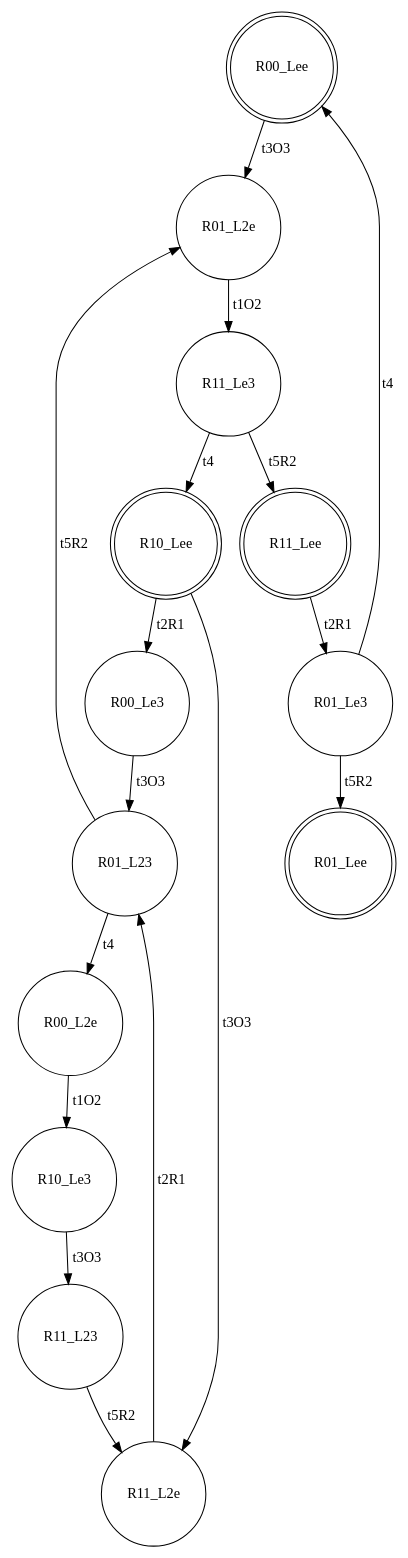
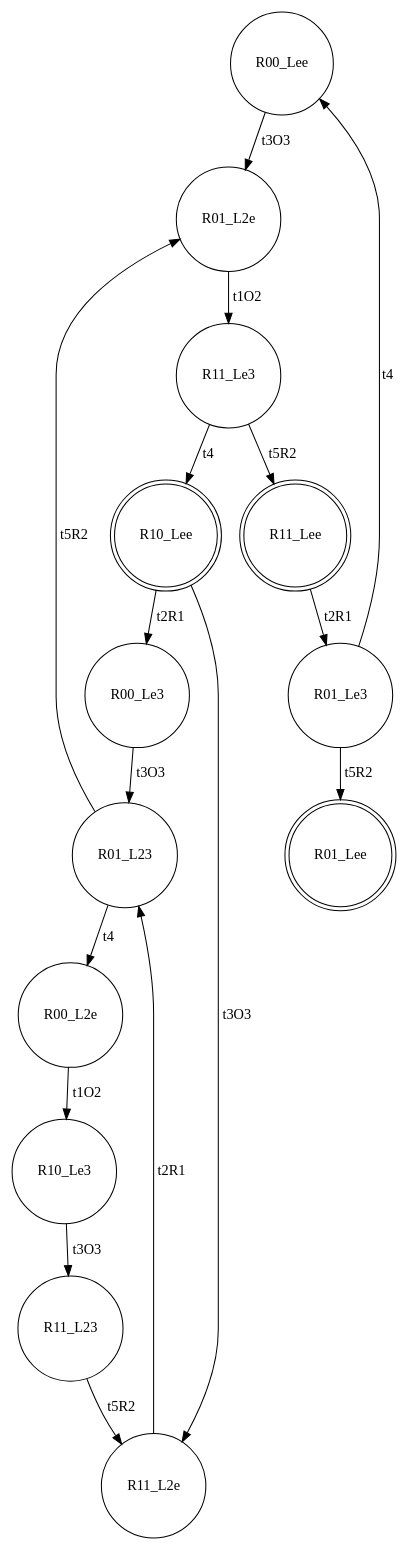
The diagram in input/e_SC.dot (Stefano-BS/Explanatory-Diagnosis), drawn with Graphviz before and after one commit. The commit also changed 35 other files, not shown here.

```diff
--- a/input/e_SC.dot
+++ b/input/e_SC.dot
@@ -1,31 +1,31 @@
 digraph "SCinput/e" {
-node [shape=doublecircle]; R00_Lee ;
+node [shape=circle]; R00_Lee ;
 node [shape=circle]; R01_L2e ;
 node [shape=circle]; R11_Le3 ;
 node [shape=doublecircle]; R10_Lee ;
 node [shape=circle]; R00_Le3 ;
 node [shape=circle]; R01_L23 ;
 node [shape=circle]; R00_L2e ;
 node [shape=circle]; R10_Le3 ;
 node [shape=circle]; R11_L23 ;
 node [shape=circle]; R11_L2e ;
 node [shape=doublecircle]; R11_Lee ;
 node [shape=circle]; R01_Le3 ;
 node [shape=doublecircle]; R01_Lee ;
 R00_Lee -> R01_L2e [label=t3O3]
 R01_L2e -> R11_Le3 [label=t1O2]
 R11_Le3 -> R11_Lee [label=t5R2]
 R11_Le3 -> R10_Lee [label=t4]
 R10_Lee -> R11_L2e [label=t3O3]
 R10_Lee -> R00_Le3 [label=t2R1]
 R00_Le3 -> R01_L23 [label=t3O3]
 R01_L23 -> R01_L2e [label=t5R2]
 R01_L23 -> R00_L2e [label=t4]
 R00_L2e -> R10_Le3 [label=t1O2]
 R10_Le3 -> R11_L23 [label=t3O3]
 R11_L23 -> R11_L2e [label=t5R2]
 R11_L2e -> R01_L23 [label=t2R1]
 R11_Lee -> R01_Le3 [label=t2R1]
 R01_Le3 -> R01_Lee [label=t5R2]
 R01_Le3 -> R00_Lee [label=t4]
 }
```
